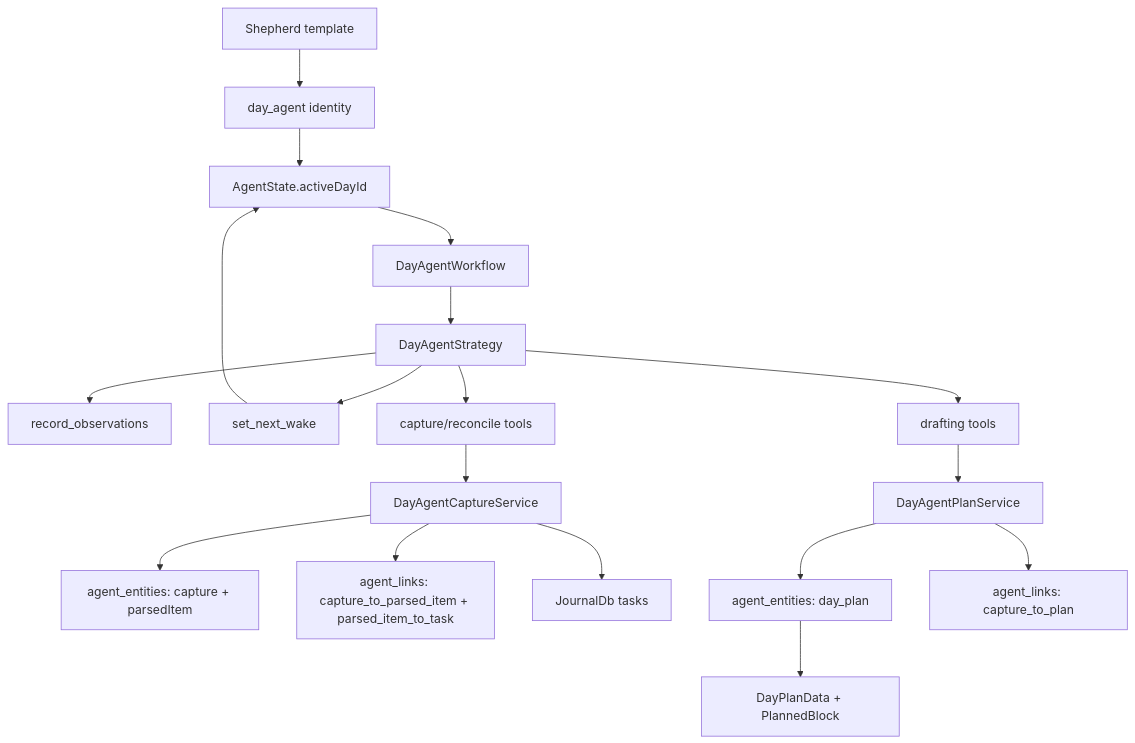
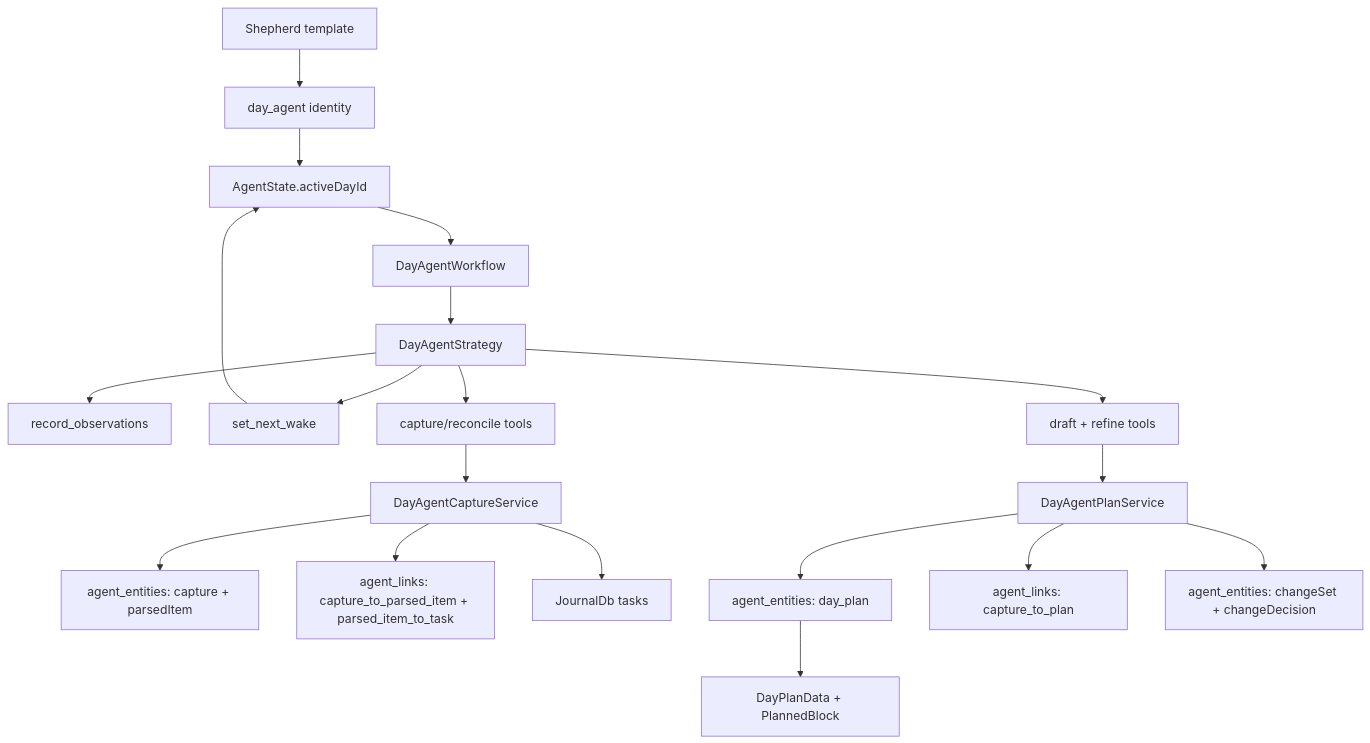
The first of 2 diagrams in lib/features/daily_os_next/README.md (matthiasn/lotti), drawn with Mermaid before and after one commit. The commit also changed other lines of this file and 10 other files, not shown here.

Commit message:
feat: wire day-agent refine flow (propose/accept/revert)

````diff
--- a/lib/features/daily_os_next/README.md
+++ b/lib/features/daily_os_next/README.md
@@ -20,20 +21,21 @@
 ```mermaid
 flowchart TD
   Template["Shepherd template"] --> Identity["day_agent identity"]
   Identity --> State["AgentState.activeDayId"]
   State --> Wake["DayAgentWorkflow"]
   Wake --> Strategy["DayAgentStrategy"]
   Strategy --> Observe["record_observations"]
   Strategy --> Schedule["set_next_wake"]
   Strategy --> CaptureTools["capture/reconcile tools"]
   CaptureTools --> CaptureService["DayAgentCaptureService"]
   CaptureService --> Entities["agent_entities: capture + parsedItem"]
   CaptureService --> Links["agent_links: capture_to_parsed_item + parsed_item_to_task"]
   CaptureService --> Tasks["JournalDb tasks"]
-  Strategy --> PlanTools["drafting tools"]
+  Strategy --> PlanTools["draft + refine tools"]
   PlanTools --> PlanService["DayAgentPlanService"]
   PlanService --> DayPlan["agent_entities: day_plan"]
   PlanService --> PlanLinks["agent_links: capture_to_plan"]
+  PlanService --> RefineSets["agent_entities: changeSet + changeDecision"]
   DayPlan --> SharedModel["DayPlanData + PlannedBlock"]
   Schedule --> State
 ```
````
